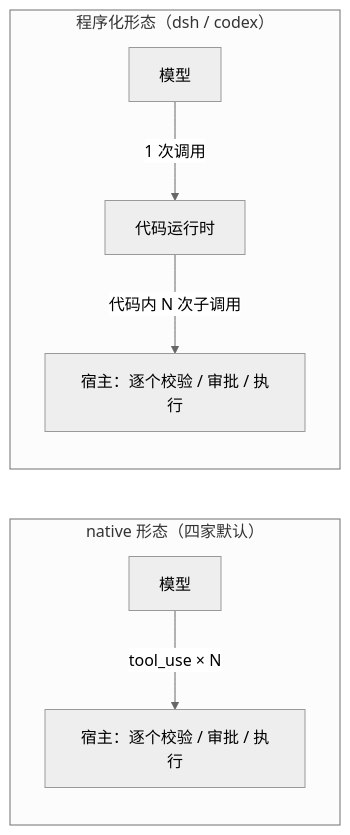
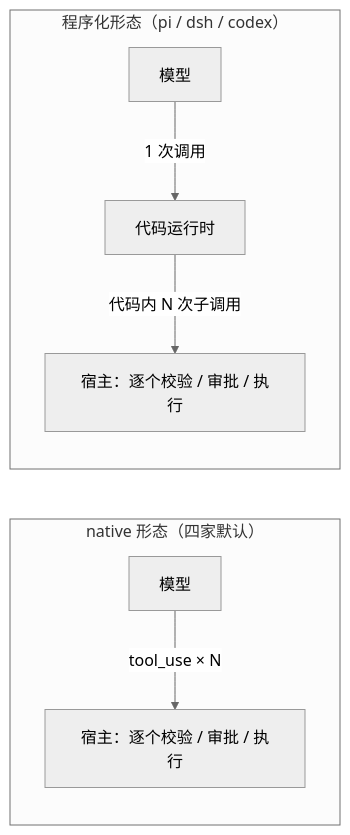
Before and after one commit to JustinEric777/Agents-Research: the second of 2 diagrams in 05-工具定义机制.md, drawn with Mermaid (neutral theme). The commit also changed other lines of this file and 12 other files, not shown here.

````diff
--- a/05-工具定义机制.md
+++ b/05-工具定义机制.md
@@ -510,10 +531,10 @@
 ```mermaid
 flowchart LR
     subgraph N["native 形态（四家默认）"]
       M1["模型"] -->|"tool_use × N"| H1["宿主：逐个校验 / 审批 / 执行"]
     end
-    subgraph P["程序化形态（dsh / codex）"]
+    subgraph P["程序化形态（pi / dsh / codex）"]
       M2["模型"] -->|"1 次调用"| R["代码运行时"]
       R -->|"代码内 N 次子调用"| H2["宿主：逐个校验 / 审批 / 执行"]
     end
 ```
````
